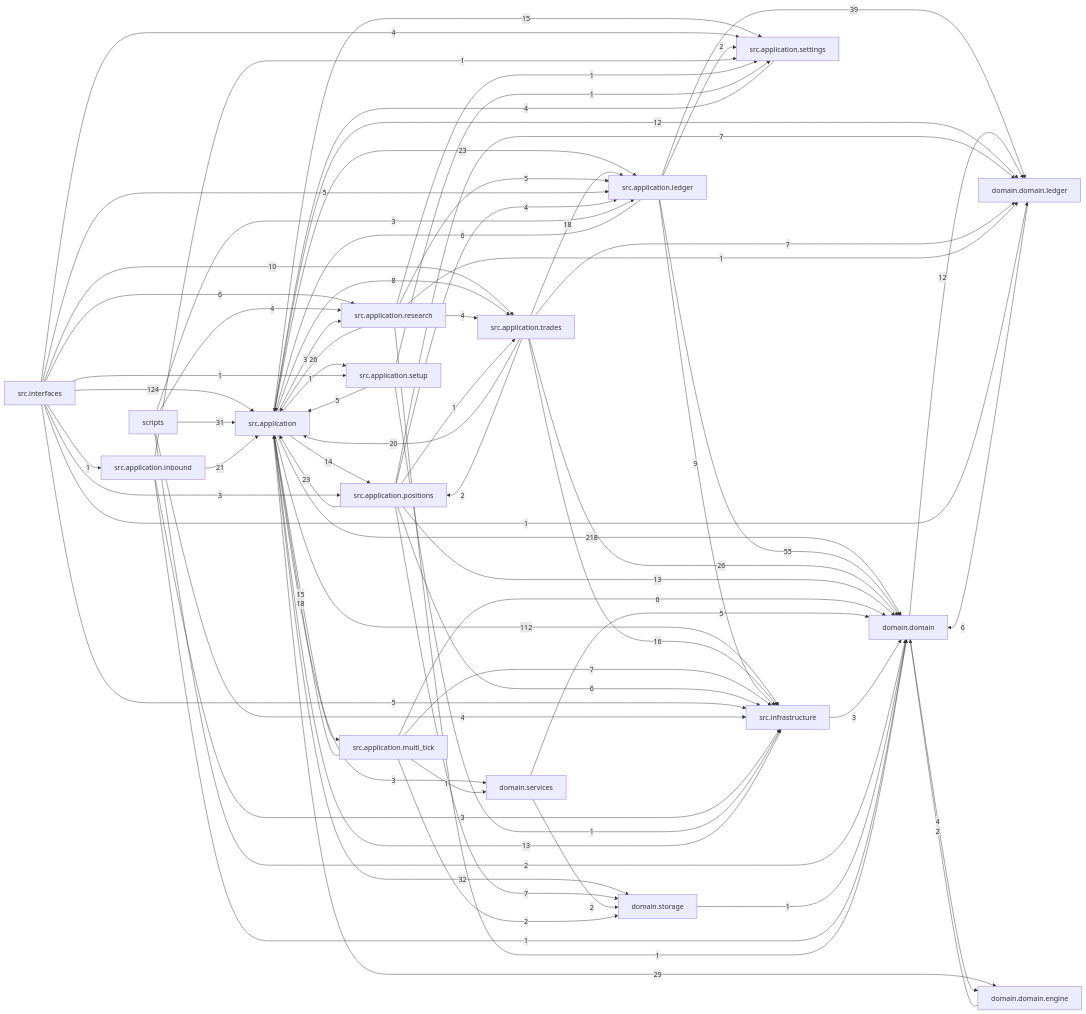
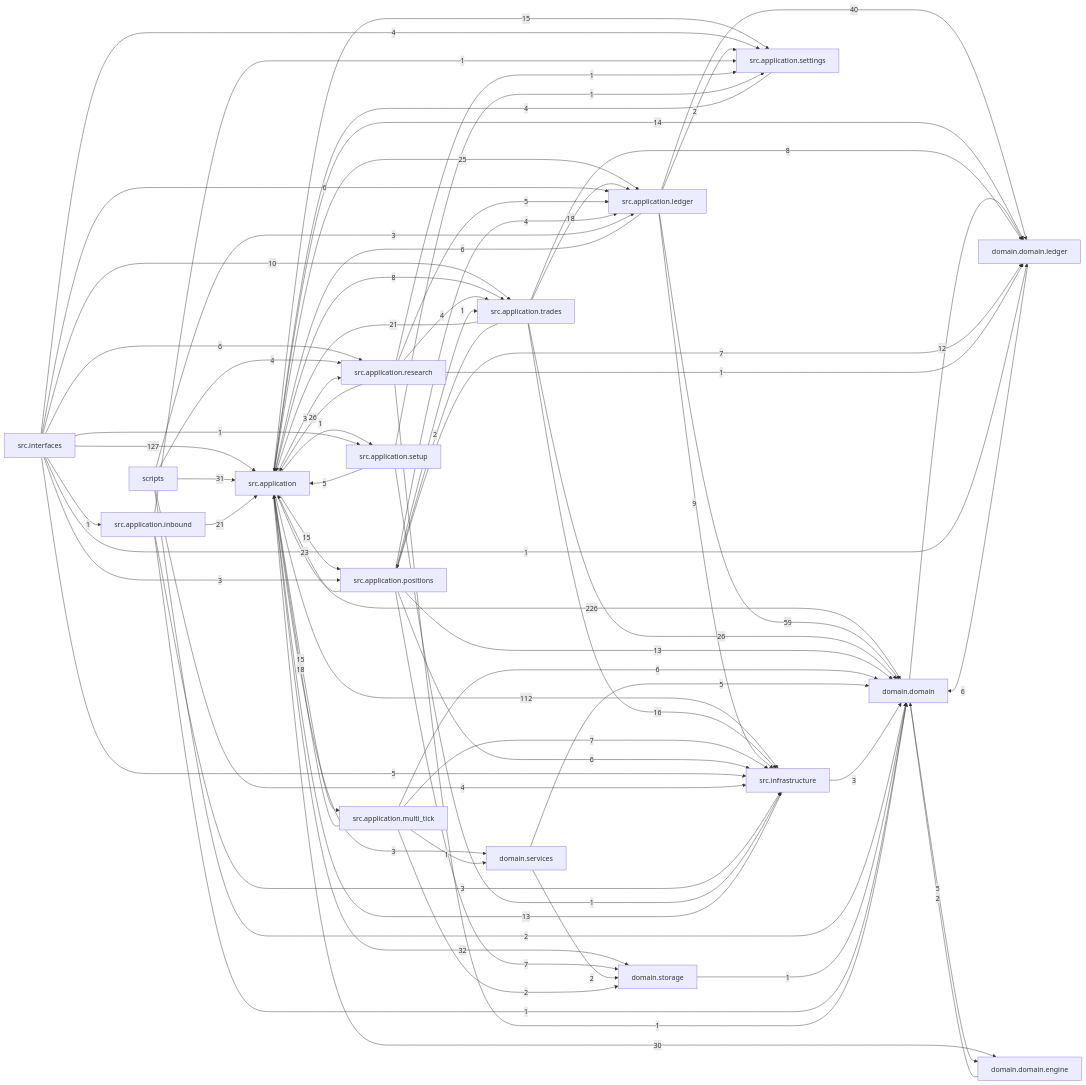
Before and after one commit to liuxie066/options-monitor: the diagram in docs/dependency_graph.mmd, drawn with Mermaid. The commit also changed 42 other files, not shown here.

```diff
--- a/docs/dependency_graph.mmd
+++ b/docs/dependency_graph.mmd
@@ -1,75 +1,75 @@
 flowchart LR
-  src_application["src.application"] -->|218| domain_domain["domain.domain"]
-  src_interfaces["src.interfaces"] -->|124| src_application["src.application"]
+  src_application["src.application"] -->|226| domain_domain["domain.domain"]
+  src_interfaces["src.interfaces"] -->|127| src_application["src.application"]
   src_application["src.application"] -->|112| src_infrastructure["src.infrastructure"]
-  src_application_ledger["src.application.ledger"] -->|55| domain_domain["domain.domain"]
-  src_application_ledger["src.application.ledger"] -->|39| domain_domain_ledger["domain.domain.ledger"]
+  src_application_ledger["src.application.ledger"] -->|59| domain_domain["domain.domain"]
+  src_application_ledger["src.application.ledger"] -->|40| domain_domain_ledger["domain.domain.ledger"]
   src_application["src.application"] -->|32| domain_storage["domain.storage"]
   scripts["scripts"] -->|31| src_application["src.application"]
-  src_application["src.application"] -->|29| domain_domain_engine["domain.domain.engine"]
+  src_application["src.application"] -->|30| domain_domain_engine["domain.domain.engine"]
   src_application_research["src.application.research"] -->|26| src_application["src.application"]
   src_application_trades["src.application.trades"] -->|26| domain_domain["domain.domain"]
-  src_application["src.application"] -->|23| src_application_ledger["src.application.ledger"]
+  src_application["src.application"] -->|25| src_application_ledger["src.application.ledger"]
   src_application_positions["src.application.positions"] -->|23| src_application["src.application"]
   src_application_inbound["src.application.inbound"] -->|21| src_application["src.application"]
-  src_application_trades["src.application.trades"] -->|20| src_application["src.application"]
+  src_application_trades["src.application.trades"] -->|21| src_application["src.application"]
   src_application_multi_tick["src.application.multi_tick"] -->|18| src_application["src.application"]
   src_application_trades["src.application.trades"] -->|18| src_application_ledger["src.application.ledger"]
   src_application_trades["src.application.trades"] -->|16| src_infrastructure["src.infrastructure"]
   src_application["src.application"] -->|15| src_application_multi_tick["src.application.multi_tick"]
+  src_application["src.application"] -->|15| src_application_positions["src.application.positions"]
   src_application["src.application"] -->|15| src_application_settings["src.application.settings"]
-  src_application["src.application"] -->|14| src_application_positions["src.application.positions"]
+  src_application["src.application"] -->|14| domain_domain_ledger["domain.domain.ledger"]
   src_application_positions["src.application.positions"] -->|13| domain_domain["domain.domain"]
   src_infrastructure["src.infrastructure"] -->|13| src_application["src.application"]
   domain_domain["domain.domain"] -->|12| domain_domain_ledger["domain.domain.ledger"]
-  src_application["src.application"] -->|12| domain_domain_ledger["domain.domain.ledger"]
   src_interfaces["src.interfaces"] -->|10| src_application_trades["src.application.trades"]
   src_application_ledger["src.application.ledger"] -->|9| src_infrastructure["src.infrastructure"]
   src_application["src.application"] -->|8| src_application_trades["src.application.trades"]
+  src_application_trades["src.application.trades"] -->|8| domain_domain_ledger["domain.domain.ledger"]
   src_application_multi_tick["src.application.multi_tick"] -->|7| src_infrastructure["src.infrastructure"]
   src_application_positions["src.application.positions"] -->|7| domain_domain_ledger["domain.domain.ledger"]
   src_application_positions["src.application.positions"] -->|7| domain_storage["domain.storage"]
-  src_application_trades["src.application.trades"] -->|7| domain_domain_ledger["domain.domain.ledger"]
   domain_domain_ledger["domain.domain.ledger"] -->|6| domain_domain["domain.domain"]
   src_application_ledger["src.application.ledger"] -->|6| src_application["src.application"]
   src_application_multi_tick["src.application.multi_tick"] -->|6| domain_domain["domain.domain"]
   src_application_positions["src.application.positions"] -->|6| src_infrastructure["src.infrastructure"]
+  src_interfaces["src.interfaces"] -->|6| src_application_ledger["src.application.ledger"]
   src_interfaces["src.interfaces"] -->|6| src_application_research["src.application.research"]
+  domain_domain["domain.domain"] -->|5| domain_domain_engine["domain.domain.engine"]
   domain_services["domain.services"] -->|5| domain_domain["domain.domain"]
   src_application_research["src.application.research"] -->|5| src_application_ledger["src.application.ledger"]
   src_application_setup["src.application.setup"] -->|5| src_application["src.application"]
-  src_interfaces["src.interfaces"] -->|5| src_application_ledger["src.application.ledger"]
   src_interfaces["src.interfaces"] -->|5| src_infrastructure["src.infrastructure"]
-  domain_domain["domain.domain"] -->|4| domain_domain_engine["domain.domain.engine"]
   scripts["scripts"] -->|4| src_application_research["src.application.research"]
   scripts["scripts"] -->|4| src_infrastructure["src.infrastructure"]
   src_application_positions["src.application.positions"] -->|4| src_application_ledger["src.application.ledger"]
   src_application_research["src.application.research"] -->|4| src_application_trades["src.application.trades"]
   src_application_settings["src.application.settings"] -->|4| src_application["src.application"]
   src_interfaces["src.interfaces"] -->|4| src_application_settings["src.application.settings"]
   scripts["scripts"] -->|3| src_application_ledger["src.application.ledger"]
   src_application["src.application"] -->|3| domain_services["domain.services"]
   src_application["src.application"] -->|3| src_application_research["src.application.research"]
   src_application_inbound["src.application.inbound"] -->|3| src_infrastructure["src.infrastructure"]
   src_infrastructure["src.infrastructure"] -->|3| domain_domain["domain.domain"]
   src_interfaces["src.interfaces"] -->|3| src_application_positions["src.application.positions"]
   domain_domain_engine["domain.domain.engine"] -->|2| domain_domain["domain.domain"]
   domain_services["domain.services"] -->|2| domain_storage["domain.storage"]
   scripts["scripts"] -->|2| domain_domain["domain.domain"]
   src_application_ledger["src.application.ledger"] -->|2| src_application_settings["src.application.settings"]
   src_application_multi_tick["src.application.multi_tick"] -->|2| domain_storage["domain.storage"]
   src_application_trades["src.application.trades"] -->|2| src_application_positions["src.application.positions"]
   domain_storage["domain.storage"] -->|1| domain_domain["domain.domain"]
   src_application["src.application"] -->|1| src_application_setup["src.application.setup"]
   src_application_inbound["src.application.inbound"] -->|1| domain_domain["domain.domain"]
   src_application_inbound["src.application.inbound"] -->|1| src_application_settings["src.application.settings"]
   src_application_multi_tick["src.application.multi_tick"] -->|1| domain_services["domain.services"]
   src_application_positions["src.application.positions"] -->|1| src_application_trades["src.application.trades"]
   src_application_research["src.application.research"] -->|1| domain_domain["domain.domain"]
   src_application_research["src.application.research"] -->|1| domain_domain_ledger["domain.domain.ledger"]
   src_application_research["src.application.research"] -->|1| src_application_settings["src.application.settings"]
   src_application_setup["src.application.setup"] -->|1| src_application_settings["src.application.settings"]
   src_application_setup["src.application.setup"] -->|1| src_infrastructure["src.infrastructure"]
   src_interfaces["src.interfaces"] -->|1| domain_domain_ledger["domain.domain.ledger"]
   src_interfaces["src.interfaces"] -->|1| src_application_inbound["src.application.inbound"]
   src_interfaces["src.interfaces"] -->|1| src_application_setup["src.application.setup"]
```
